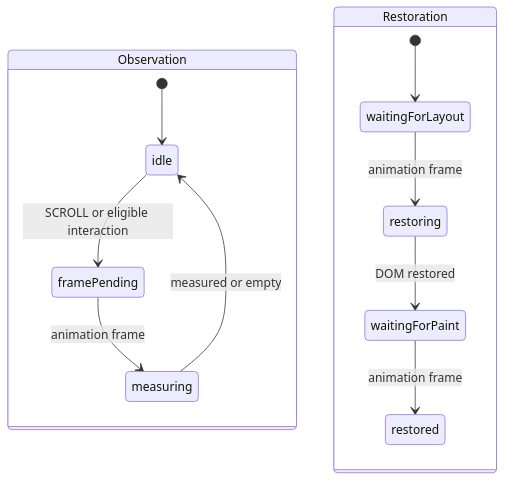
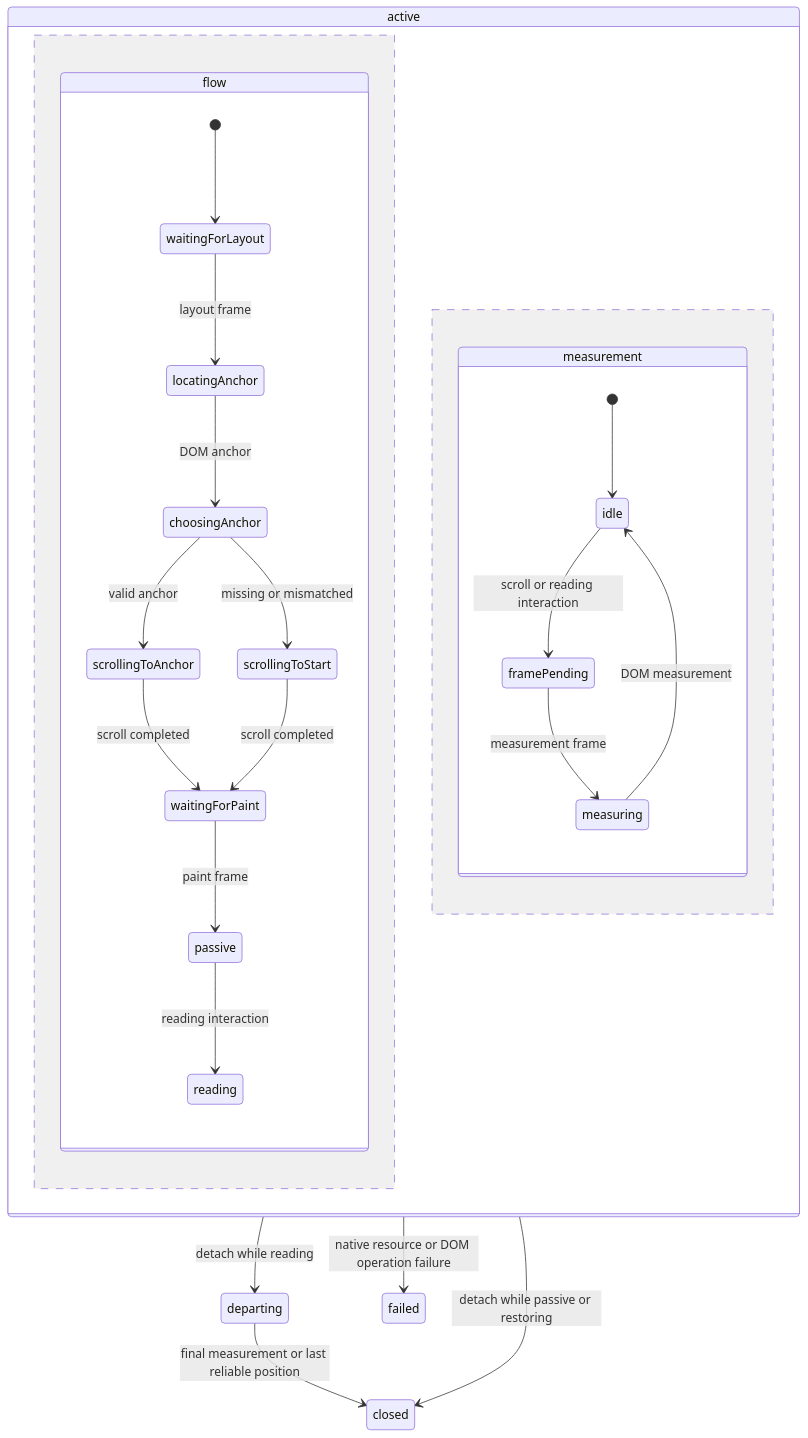
One commit to delightful-labs/delightful-clipper changed the diagram in specs/001-jazz-clipper/reader-experience.md. Above: the diagram before and after it, drawn with Mermaid. The commit also changed other lines of this file and 11 other files, not shown here.

````diff
--- a/specs/001-jazz-clipper/reader-experience.md
+++ b/specs/001-jazz-clipper/reader-experience.md
@@ -25,15 +23,27 @@
 ```mermaid
 stateDiagram-v2
-    state Observation {
-        [*] --> idle
-        idle --> framePending: SCROLL or eligible interaction
-        framePending --> measuring: animation frame
-        measuring --> idle: measured or empty
+    state active {
+        state flow {
+            [*] --> waitingForLayout
+            waitingForLayout --> locatingAnchor: layout frame
+            locatingAnchor --> choosingAnchor: DOM anchor
+            choosingAnchor --> scrollingToAnchor: valid anchor
+            choosingAnchor --> scrollingToStart: missing or mismatched
+            scrollingToAnchor --> waitingForPaint: scroll completed
+            scrollingToStart --> waitingForPaint: scroll completed
+            waitingForPaint --> passive: paint frame
+            passive --> reading: reading interaction
+        }
+        --
+        state measurement {
+            [*] --> idle
+            idle --> framePending: scroll or reading interaction
+            framePending --> measuring: measurement frame
+            measuring --> idle: DOM measurement
+        }
     }
-    state Restoration {
-        [*] --> waitingForLayout
-        waitingForLayout --> restoring: animation frame
-        restoring --> waitingForPaint: DOM restored
-        waitingForPaint --> restored: animation frame
-    }
+    active --> departing: detach while reading
+    departing --> closed: final measurement or last reliable position
+    active --> closed: detach while passive or restoring
+    active --> failed: native resource or DOM operation failure
 ```
````
